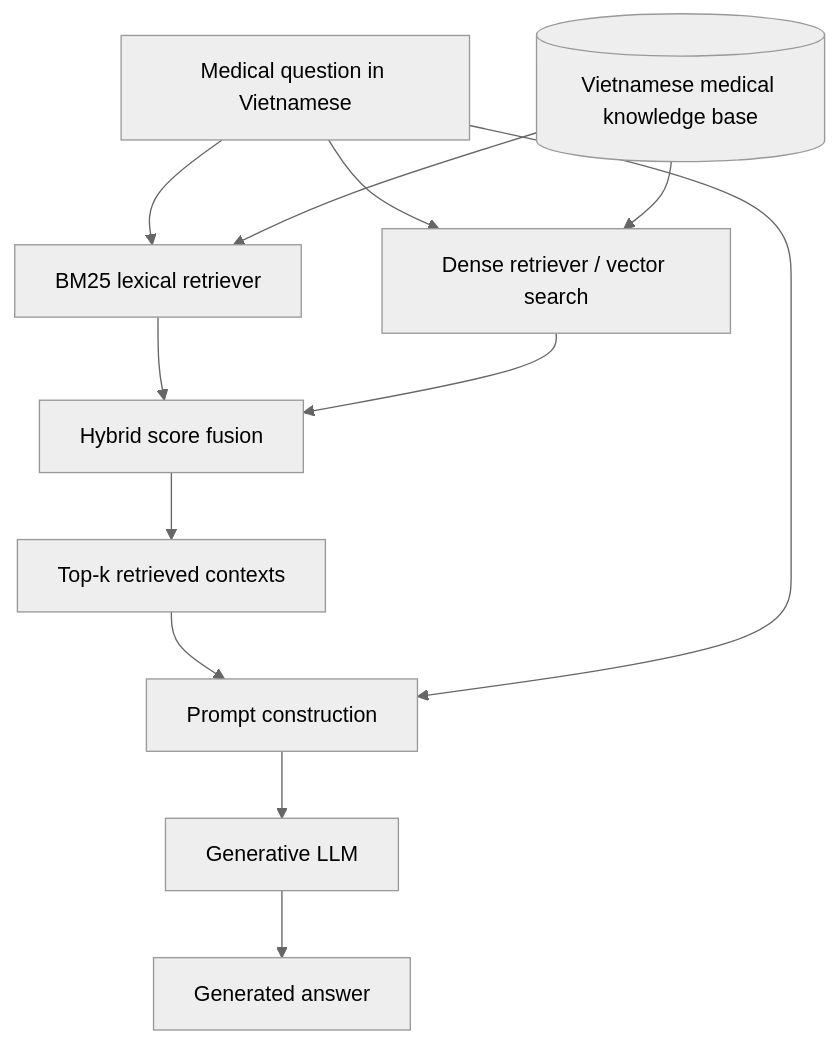
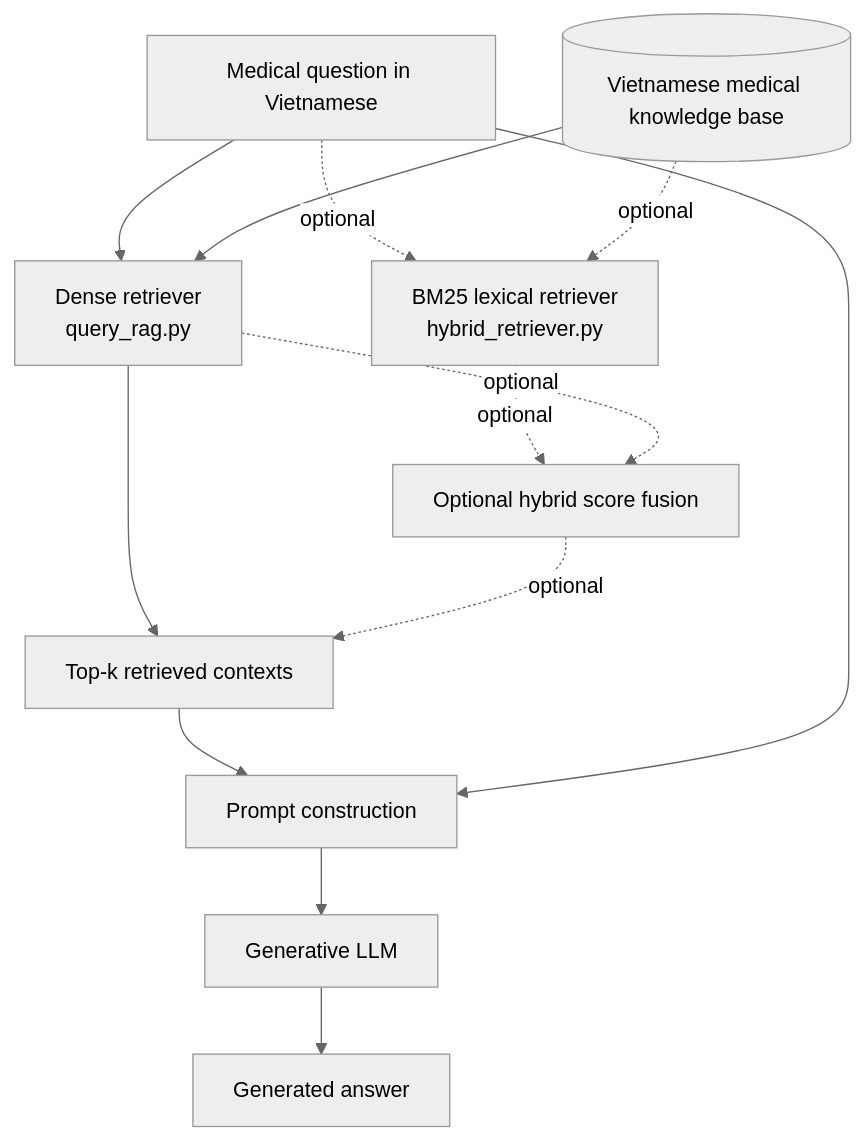
Before and after one commit to TrungpdtE/Hallucination-Detection-for-Vietnamese-Medical-RA: the third of 7 diagrams in README.md, drawn with Mermaid (neutral theme). The commit also changed other lines of this file, not shown here.

Commit message:
Enhance README
Updated README.md to clarify RAG pipeline and modules, added details about retrieval methods and their integration.

````diff
--- a/README.md
+++ b/README.md
@@ -121,24 +130,25 @@
 ```mermaid
 flowchart TD
     Q[Medical question in Vietnamese]
     KB[(Vietnamese medical knowledge base)]
-    BM25[BM25 lexical retriever]
-    Dense[Dense retriever / vector search]
-    Fusion[Hybrid score fusion]
+    Dense[Dense retriever<br/>query_rag.py]
+    BM25[BM25 lexical retriever<br/>hybrid_retriever.py]
+    Fusion[Optional hybrid score fusion]
     Docs[Top-k retrieved contexts]
     Prompt[Prompt construction]
     LLM[Generative LLM]
     Answer[Generated answer]
 
-    Q --> BM25
     Q --> Dense
-    KB --> BM25
     KB --> Dense
-    BM25 --> Fusion
-    Dense --> Fusion
-    Fusion --> Docs
+    Dense --> Docs
+    Q -. optional .-> BM25
+    KB -. optional .-> BM25
+    BM25 -. optional .-> Fusion
+    Dense -. optional .-> Fusion
+    Fusion -. optional .-> Docs
     Docs --> Prompt
     Q --> Prompt
     Prompt --> LLM
     LLM --> Answer
 ```
````
